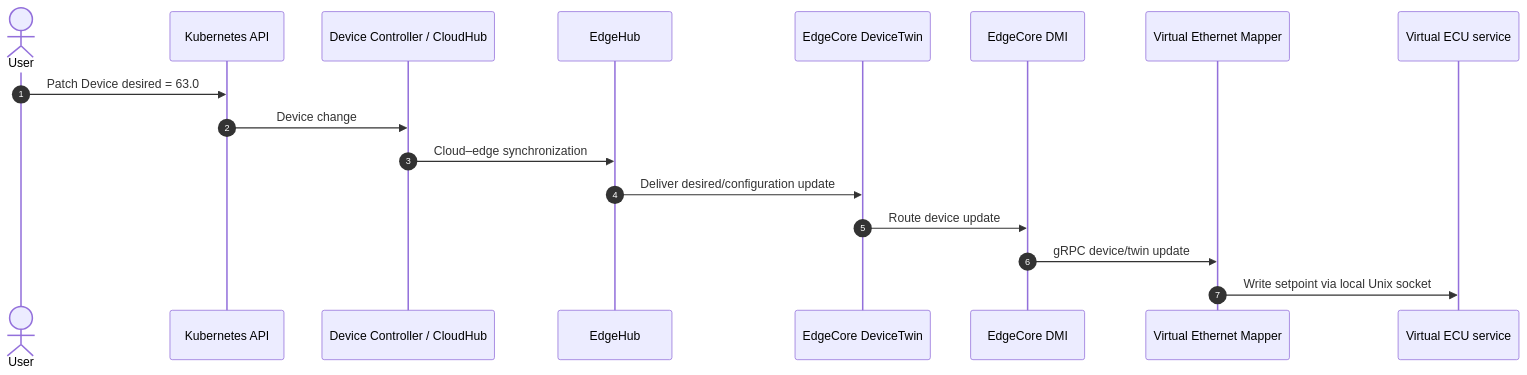
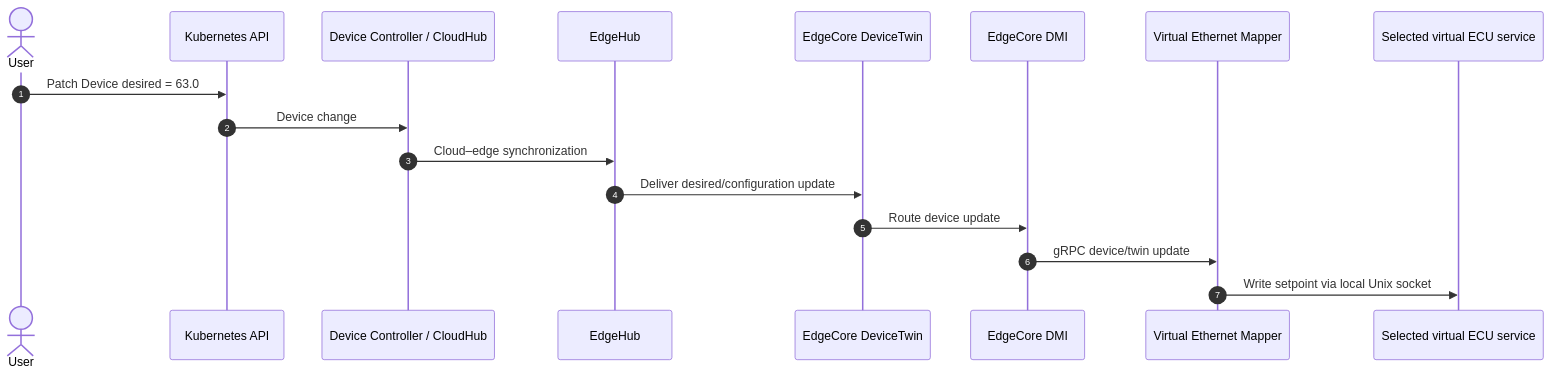
One commit to neotera-eu/up2date4sdv-continuumx-playground changed the sixth of 10 diagrams in README.md. Above: the diagram before and after it, drawn with Mermaid. The commit also changed other lines of this file and 2 other files, not shown here.

Commit message:
Describe two-ECU VM architecture and runtime handoff.

````diff
--- a/README.md
+++ b/README.md
@@ -318,20 +345,20 @@
 ```mermaid
 sequenceDiagram
     autonumber
     actor User
     participant API as Kubernetes API
     participant DC as Device Controller / CloudHub
     participant EH as EdgeHub
     participant Twin as EdgeCore DeviceTwin
     participant DMI as EdgeCore DMI
     participant Mapper as Virtual Ethernet Mapper
-    participant ECU as Virtual ECU service
+    participant ECU as Selected virtual ECU service
 
     User->>API: Patch Device desired = 63.0
     API->>DC: Device change
     DC->>EH: Cloud–edge synchronization
     EH->>Twin: Deliver desired/configuration update
     Twin->>DMI: Route device update
     DMI->>Mapper: gRPC device/twin update
     Mapper->>ECU: Write setpoint via local Unix socket
 ```
````
